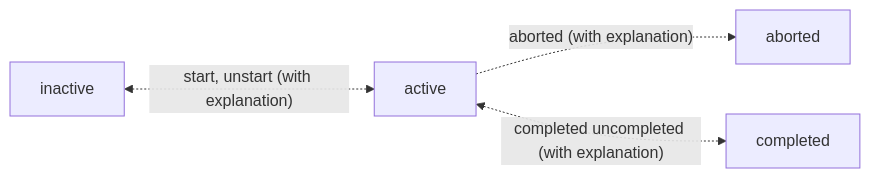
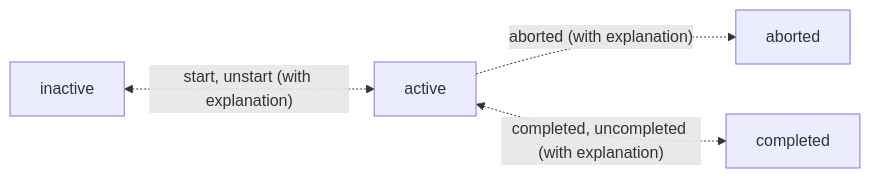
One commit to tlangan1/Life-Helper changed the diagram in README.md. Above: the diagram before and after it, drawn with Mermaid.

Commit message:
Put quotes around edge labels in Mermaid

````diff
--- a/README.md
+++ b/README.md
@@ -33,6 +33,6 @@
 ```mermaid
   flowchart LR
-      inactive<-. start, unstart (with explanation) .->active
-      active-. aborted (with explanation) .->aborted
-      active<-. completed uncompleted (with explanation) .->completed
+      inactive<-. "start, unstart (with explanation)" .->active
+      active-. "aborted (with explanation)" .->aborted
+      active<-. "completed, uncompleted (with explanation)" .->completed
 ```
````
